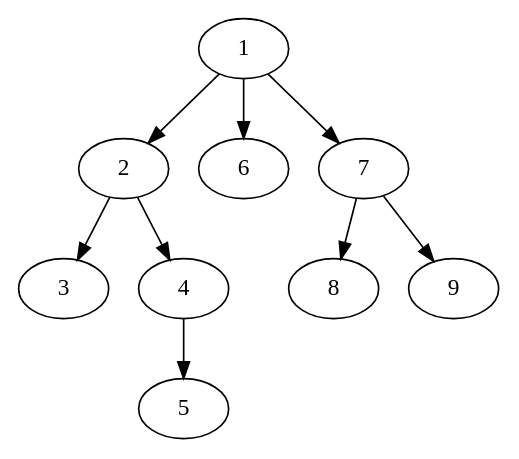
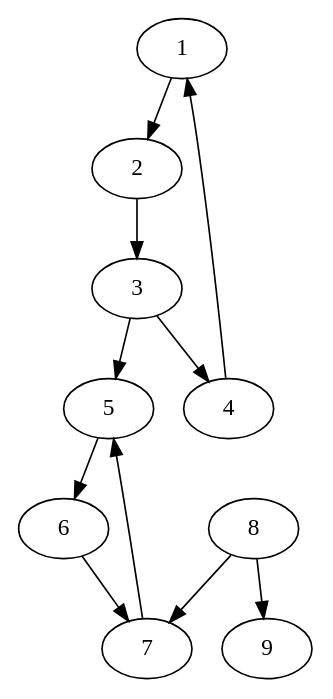
One commit to ArthurZucker/IAG_TP1_Final changed the diagram in digraph-1-predfs.dot. Above: the diagram before and after it, drawn with Graphviz. The commit also changed 22 other files, not shown here.

```diff
--- a/digraph-1-predfs.dot
+++ b/digraph-1-predfs.dot
@@ -1,10 +1,12 @@
 digraph premier_graph {
 1 -> 2 ;
-1 -> 6 ;
-1 -> 7 ;
 2 -> 3 ;
-2 -> 4 ;
-3;4 -> 5 ;
-5;6;7 -> 8 ;
-7 -> 9 ;
-8;9;}
+3 -> 4 ;
+3 -> 5 ;
+4 -> 1 ;
+5 -> 6 ;
+6 -> 7 ;
+7 -> 5 ;
+8 -> 7 ;
+8 -> 9 ;
+9;}
```
